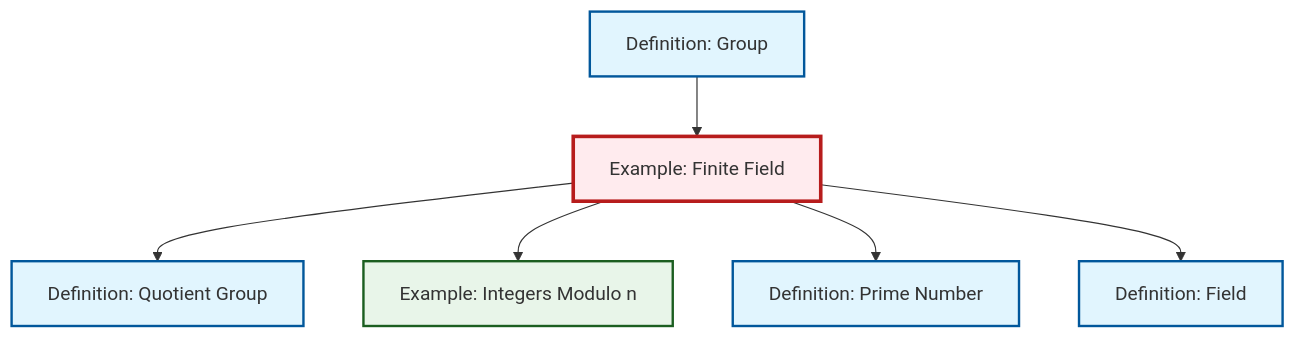
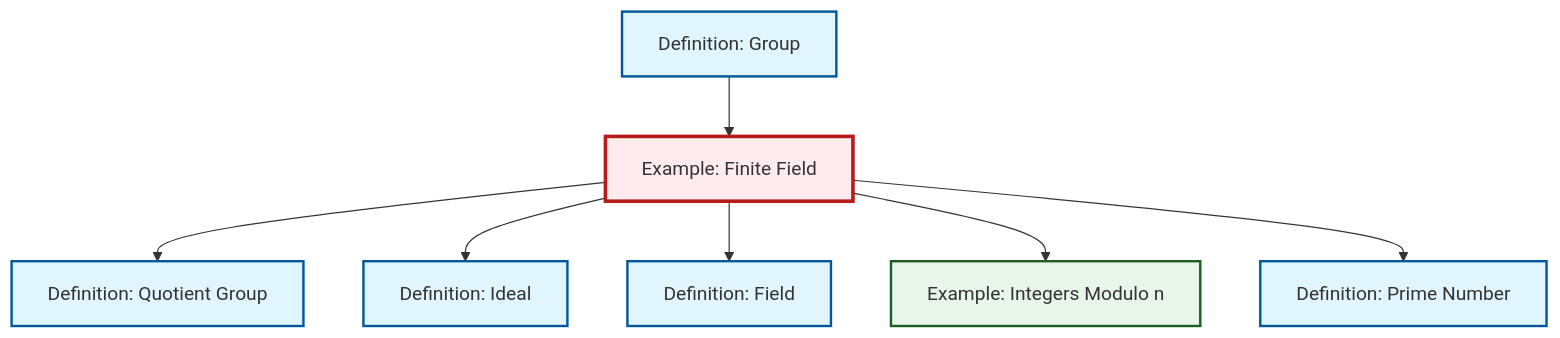
One commit to RK0429/ModernMath changed the diagram in content/en/algebra/ex-finite-field.qmd. Above: the diagram before and after it, drawn with Mermaid. The commit also changed 530 other files, not shown here.

````diff
--- a/content/en/algebra/ex-finite-field.qmd
+++ b/content/en/algebra/ex-finite-field.qmd
@@ -64,26 +64,29 @@
 ```{mermaid}
 %%| fig-cap: "Local dependency graph"
 graph TD
     classDef definition fill:#e1f5fe,stroke:#01579b,stroke-width:2px
     classDef theorem fill:#f3e5f5,stroke:#4a148c,stroke-width:2px
     classDef axiom fill:#fff3e0,stroke:#e65100,stroke-width:2px
     classDef example fill:#e8f5e9,stroke:#1b5e20,stroke-width:2px
     classDef current fill:#ffebee,stroke:#b71c1c,stroke-width:3px
+    def-ideal["Definition: Ideal"]:::definition
+    ex-finite-field["Example: Finite Field"]:::example
+    def-field["Definition: Field"]:::definition
+    def-group["Definition: Group"]:::definition
     def-quotient-group["Definition: Quotient Group"]:::definition
-    def-field["Definition: Field"]:::definition
-    ex-finite-field["Example: Finite Field"]:::example
+    def-prime["Definition: Prime Number"]:::definition
     ex-quotient-integers-mod-n["Example: Integers Modulo n"]:::example
-    def-prime["Definition: Prime Number"]:::definition
-    def-group["Definition: Group"]:::definition
     ex-finite-field --> def-quotient-group
     def-group --> ex-finite-field
+    ex-finite-field --> def-ideal
+    ex-finite-field --> def-field
     ex-finite-field --> ex-quotient-integers-mod-n
     ex-finite-field --> def-prime
-    ex-finite-field --> def-field
     class ex-finite-field current
+    click def-ideal "def-ideal.html" "Go to Ideal definition"
+    click def-field "def-field.html" "Go to Field definition"
+    click def-group "def-group.html" "Go to Group definition"
     click def-quotient-group "def-quotient-group.html" "Go to Quotient Group definition"
-    click def-field "def-field.html" "Go to Field definition"
+    click def-prime "def-prime.html" "Go to Prime Number definition"
     click ex-quotient-integers-mod-n "ex-quotient-integers-mod-n.html" "Go to Integers Modulo n example"
-    click def-prime "def-prime.html" "Go to Prime Number definition"
-    click def-group "def-group.html" "Go to Group definition"
 ```
````
